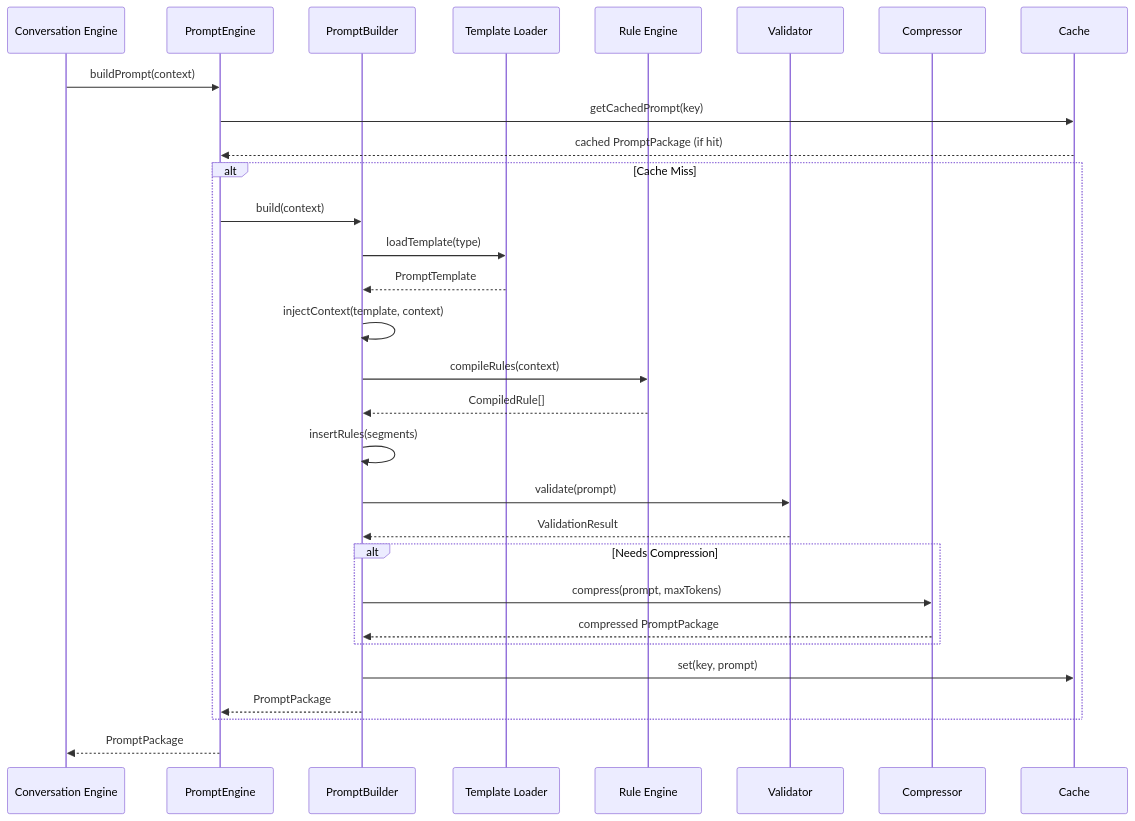
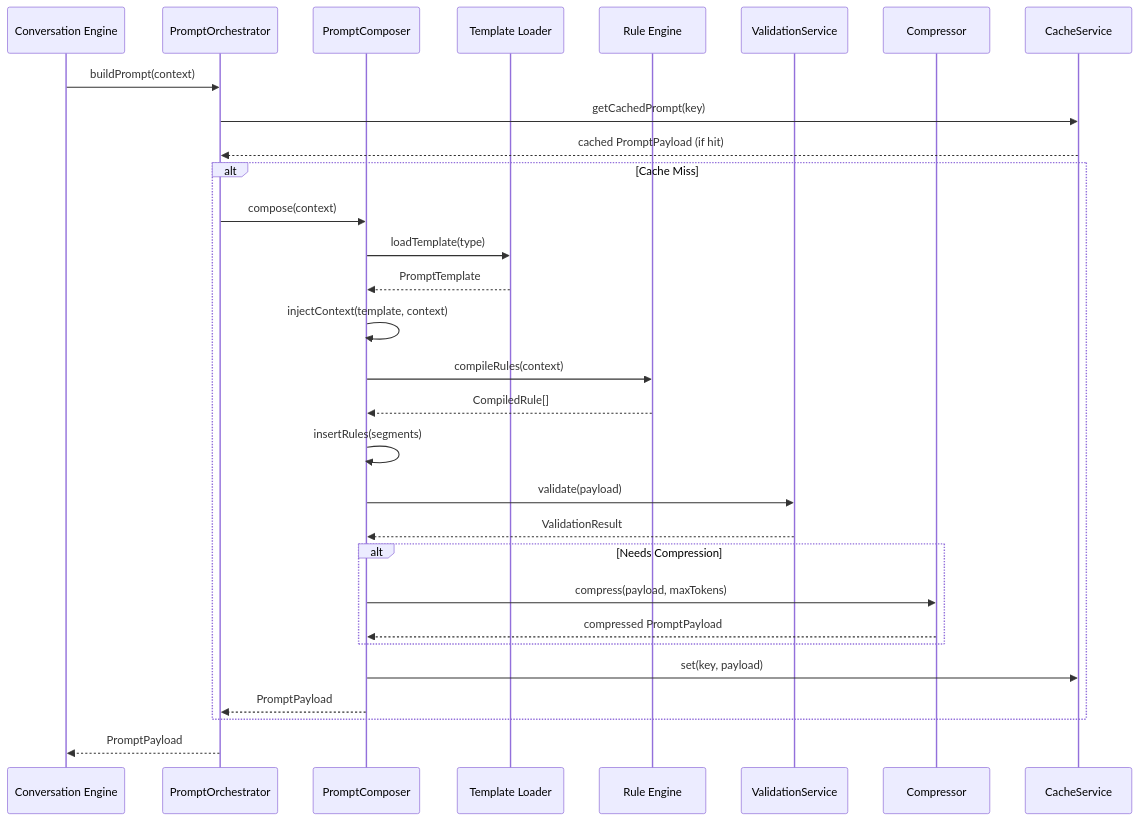
One commit to shubhamagar123/featherlite changed the second of 3 diagrams in src/engines/prompt/README.md. Above: the diagram before and after it, drawn with Mermaid. The commit also changed other lines of this file and 14 other files, not shown here.

First line of the commit message:
refactor: Rename Prompt Engine to Prompt Orchestrator

````diff
--- a/src/engines/prompt/README.md
+++ b/src/engines/prompt/README.md
@@ -84,42 +84,42 @@
 ```mermaid
 sequenceDiagram
     participant App as Conversation Engine
-    participant Engine as PromptEngine
-    participant Builder as PromptBuilder
+    participant Orchestrator as PromptOrchestrator
+    participant Composer as PromptComposer
     participant Templates as Template Loader
     participant Rules as Rule Engine
-    participant Validator as Validator
+    participant Validator as ValidationService
     participant Compressor as Compressor
-    participant Cache as Cache
+    participant Cache as CacheService
 
-    App->>Engine: buildPrompt(context)
-    Engine->>Cache: getCachedPrompt(key)
-    Cache-->>Engine: cached PromptPackage (if hit)
+    App->>Orchestrator: buildPrompt(context)
+    Orchestrator->>Cache: getCachedPrompt(key)
+    Cache-->>Orchestrator: cached PromptPayload (if hit)
     
     alt Cache Miss
-        Engine->>Builder: build(context)
+        Orchestrator->>Composer: compose(context)
         
-        Builder->>Templates: loadTemplate(type)
-        Templates-->>Builder: PromptTemplate
+        Composer->>Templates: loadTemplate(type)
+        Templates-->>Composer: PromptTemplate
         
-        Builder->>Builder: injectContext(template, context)
+        Composer->>Composer: injectContext(template, context)
         
-        Builder->>Rules: compileRules(context)
-        Rules-->>Builder: CompiledRule[]
+        Composer->>Rules: compileRules(context)
+        Rules-->>Composer: CompiledRule[]
         
-        Builder->>Builder: insertRules(segments)
+        Composer->>Composer: insertRules(segments)
         
-        Builder->>Validator: validate(prompt)
-        Validator-->>Builder: ValidationResult
+        Composer->>Validator: validate(payload)
+        Validator-->>Composer: ValidationResult
         
         alt Needs Compression
-            Builder->>Compressor: compress(prompt, maxTokens)
-            Compressor-->>Builder: compressed PromptPackage
+            Composer->>Compressor: compress(payload, maxTokens)
+            Compressor-->>Composer: compressed PromptPayload
         end
         
-        Builder->>Cache: set(key, prompt)
-        Builder-->>Engine: PromptPackage
+        Composer->>Cache: set(key, payload)
+        Composer-->>Orchestrator: PromptPayload
     end
     
-    Engine-->>App: PromptPackage
+    Orchestrator-->>App: PromptPayload
 ```
````
